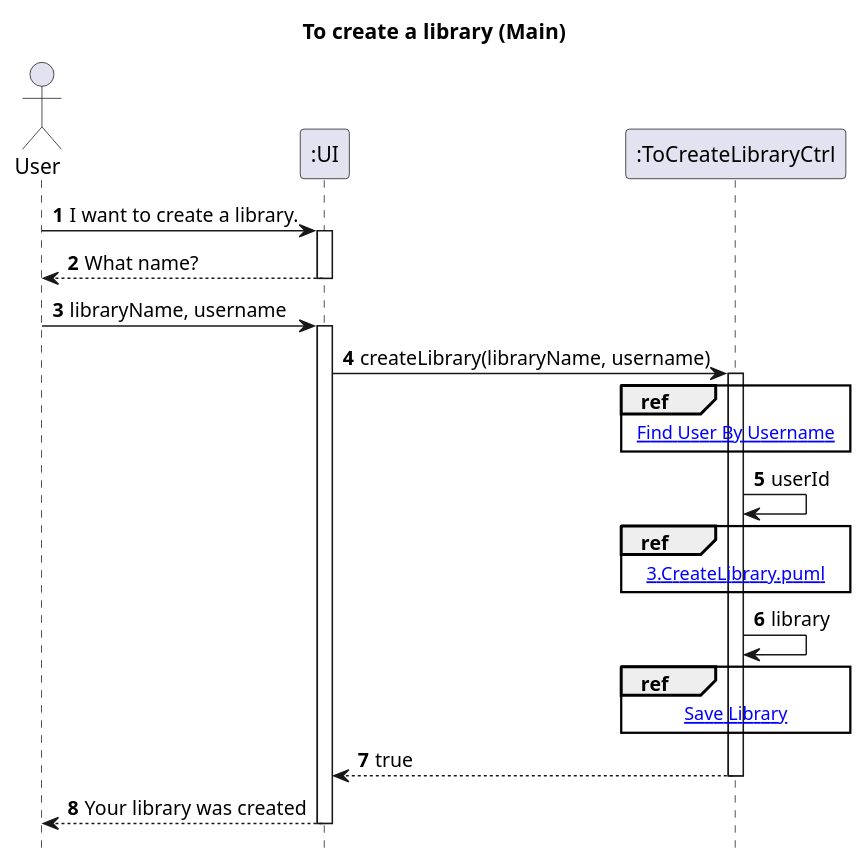
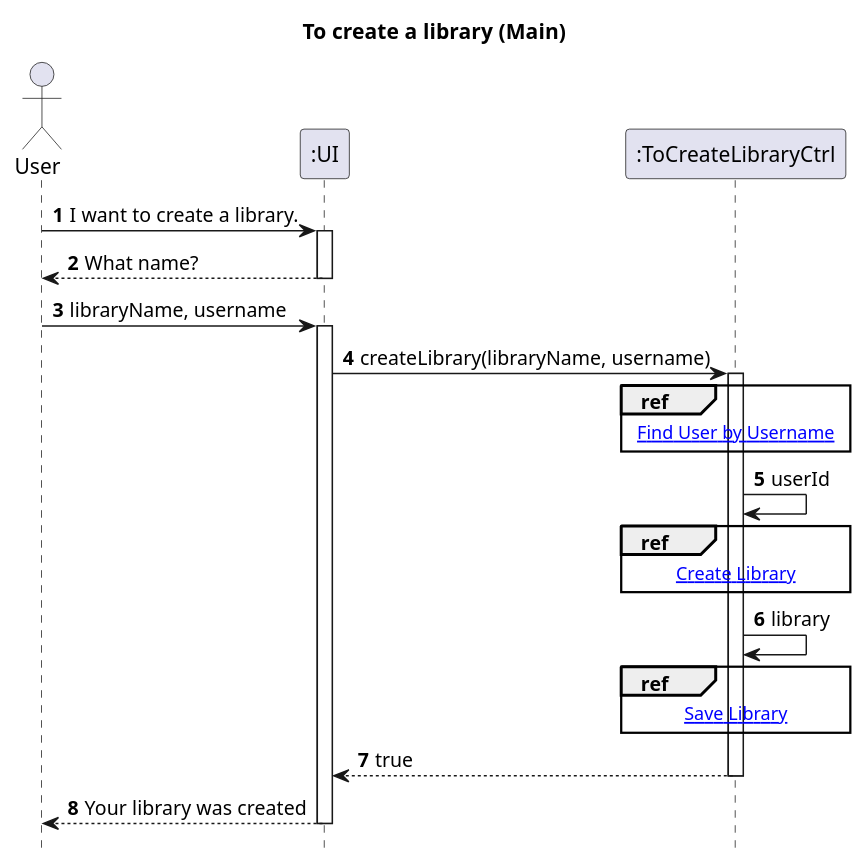
Before and after one commit to AndrePereiraGitH/SWitCH-Project-Team_A: the diagram in Diagrams/SequenceDiagrams/N2/To-Create-Library/1.MainDiagram.puml, drawn with PlantUML. The commit also changed 4 other files, not shown here.

```diff
--- a/Diagrams/SequenceDiagrams/N2/To-Create-Library/1.MainDiagram.puml
+++ b/Diagrams/SequenceDiagrams/N2/To-Create-Library/1.MainDiagram.puml
@@ -1,41 +1,41 @@
 @startuml
 hide footbox
 autonumber
 title To create a library (Main)
 
 actor User
 participant ":UI" as UI
 participant ":ToCreateLibraryCtrl" as Ctrl
 
 User -> UI : I want to create a library.
 activate UI
 UI --> User : What name?
 deactivate UI
 User -> UI : libraryName, username
 activate UI
 
 UI -> Ctrl : createLibrary(libraryName, username)
 activate Ctrl
 
 ref over Ctrl
-[[2.FindUserByUsername.puml Find User By Username]]
+[[2.FindUserByUsername.puml Find User by Username]]
 end ref
 
 Ctrl -> Ctrl : userId
 
 ref over Ctrl
-[[3.CreateLibrary.puml]]
+[[3.CreateLibrary.puml Create Library]]
 end ref
 
 Ctrl -> Ctrl : library
 
 ref over Ctrl
 [[4.SaveLibrary.puml Save Library]]
 end ref
 
 Ctrl --> UI : true
 deactivate Ctrl
 UI --> User : Your library was created
 deactivate UI
 
 @enduml
```
